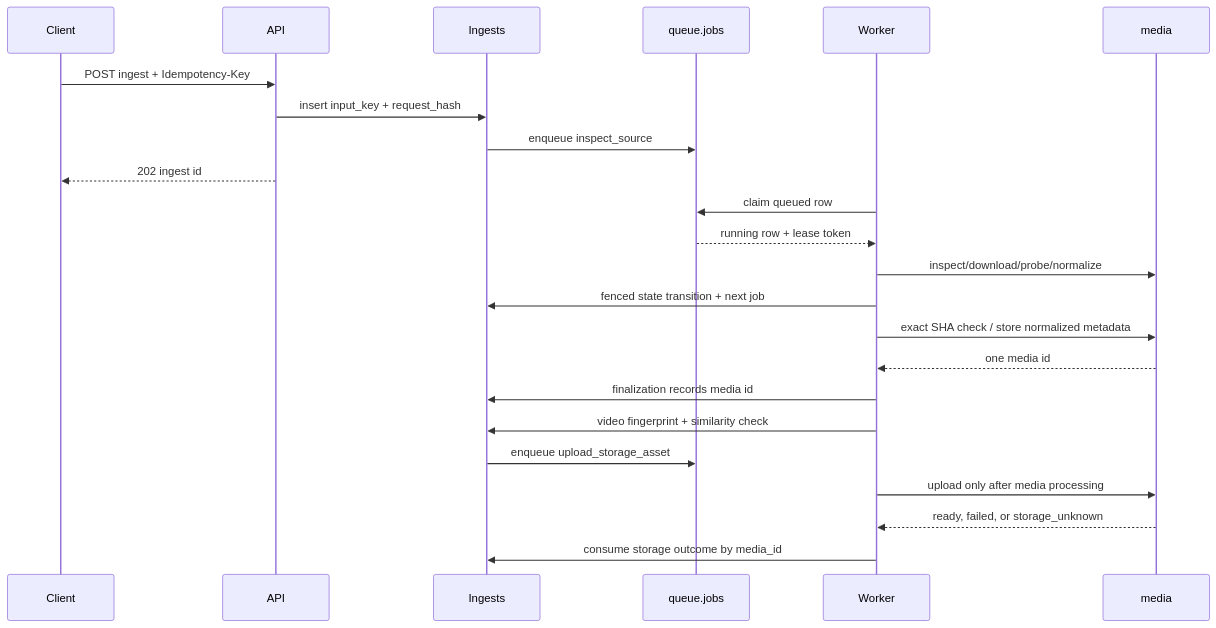
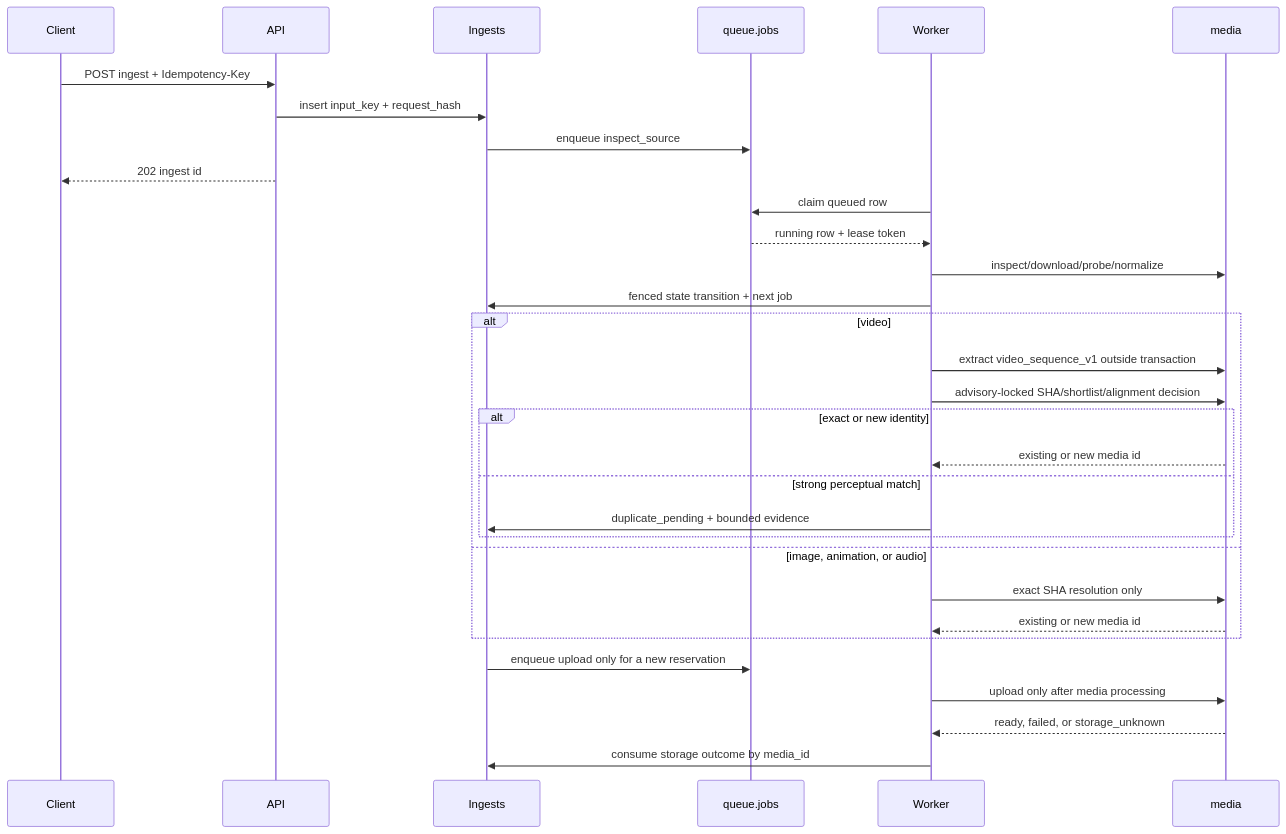
Before and after one commit to godlikedh/sooqa: the second of 2 diagrams in docs/architecture.md, drawn with Mermaid. The commit also changed other lines of this file and 25 other files, not shown here.

Commit message:
feat: gate video identity before storage

````diff
--- a/docs/architecture.md
+++ b/docs/architecture.md
@@ -81,26 +83,34 @@
 ```mermaid
 sequenceDiagram
     participant Client
     participant API
     participant Ingests
     participant Queue as queue.jobs
     participant Worker
     participant Media as media
 
     Client->>API: POST ingest + Idempotency-Key
     API->>Ingests: insert input_key + request_hash
     Ingests->>Queue: enqueue inspect_source
     API-->>Client: 202 ingest id
     Worker->>Queue: claim queued row
     Queue-->>Worker: running row + lease token
     Worker->>Media: inspect/download/probe/normalize
     Worker->>Ingests: fenced state transition + next job
-    Worker->>Media: exact SHA check / store normalized metadata
-    Media-->>Worker: one media id
-    Worker->>Ingests: finalization records media id
-    Worker->>Ingests: video fingerprint + similarity check
-    Ingests->>Queue: enqueue upload_storage_asset
+    alt video
+        Worker->>Media: extract video_sequence_v1 outside transaction
+        Worker->>Media: advisory-locked SHA/shortlist/alignment decision
+        alt exact or new identity
+            Media-->>Worker: existing or new media id
+        else strong perceptual match
+            Worker->>Ingests: duplicate_pending + bounded evidence
+        end
+    else image, animation, or audio
+        Worker->>Media: exact SHA resolution only
+        Media-->>Worker: existing or new media id
+    end
+    Ingests->>Queue: enqueue upload only for a new reservation
     Worker->>Media: upload only after media processing
     Media-->>Worker: ready, failed, or storage_unknown
     Worker->>Ingests: consume storage outcome by media_id
 ```
````
